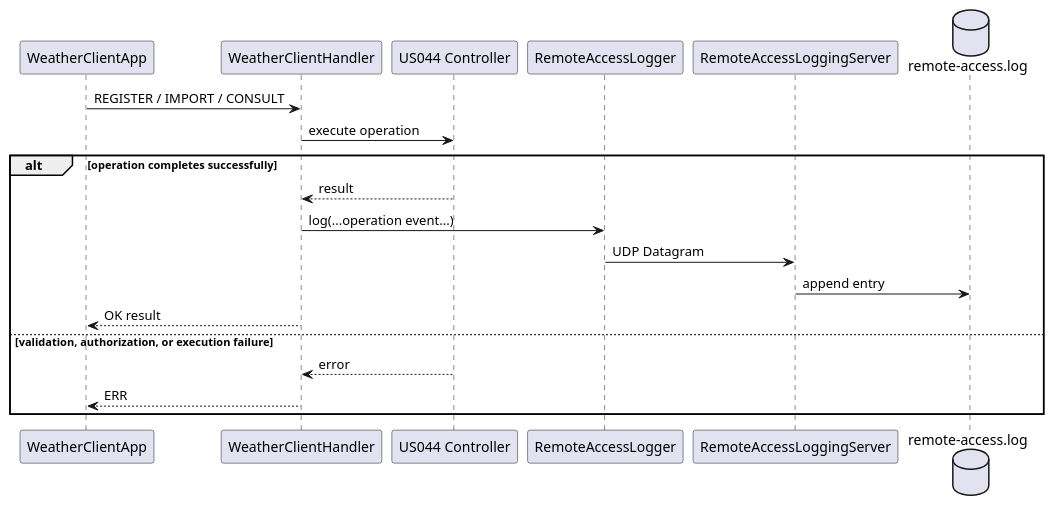
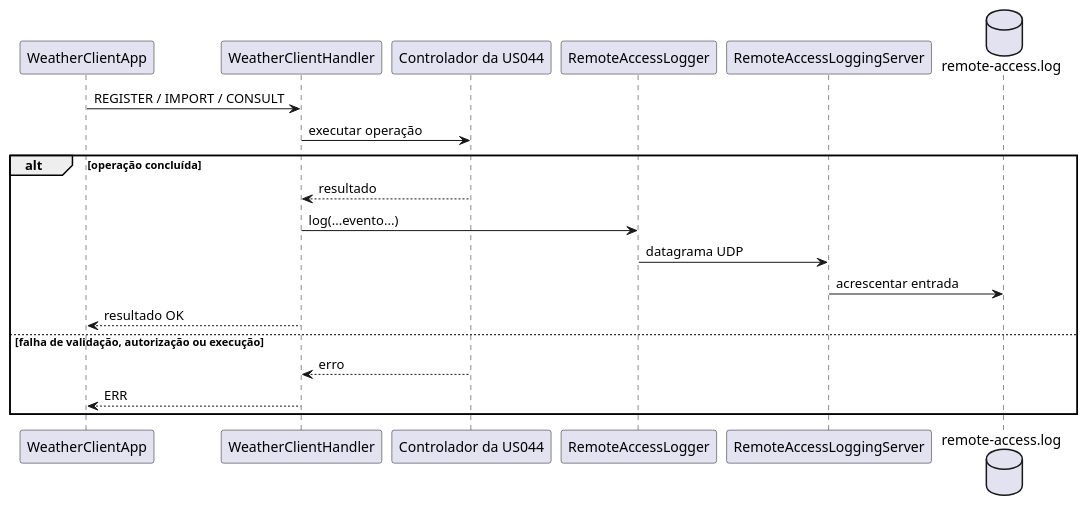
The third of 3 diagrams in docs/us_090/US090.md (goncalolopesp/sem4pi2526-sem4pi2526_2di5), drawn with PlantUML before and after one commit. The commit also changed other lines of this file and 2 other files, not shown here.

````diff
--- a/docs/us_090/US090.md
+++ b/docs/us_090/US090.md
@@ -362,26 +238,24 @@
 ```puml
 @startuml
-
 participant WeatherClientApp as Client
 participant WeatherClientHandler as Handler
-participant "US044 Controller" as Controller
+participant "Controlador da US044" as Controller
 participant RemoteAccessLogger as Logger
 participant RemoteAccessLoggingServer as LogServer
 database "remote-access.log" as LogFile
 
 Client -> Handler : REGISTER / IMPORT / CONSULT
-Handler -> Controller : execute operation
+Handler -> Controller : executar operação
 
-alt operation completes successfully
-    Controller --> Handler : result
-    Handler -> Logger : log(...operation event...)
-    Logger -> LogServer : UDP Datagram
-    LogServer -> LogFile : append entry
-    Handler --> Client : OK result
-else validation, authorization, or execution failure
-    Controller --> Handler : error
+alt operação concluída
+    Controller --> Handler : resultado
+    Handler -> Logger : log(...evento...)
+    Logger -> LogServer : datagrama UDP
+    LogServer -> LogFile : acrescentar entrada
+    Handler --> Client : resultado OK
+else falha de validação, autorização ou execução
+    Controller --> Handler : erro
     Handler --> Client : ERR
 end
-
 @enduml
 ```
````
